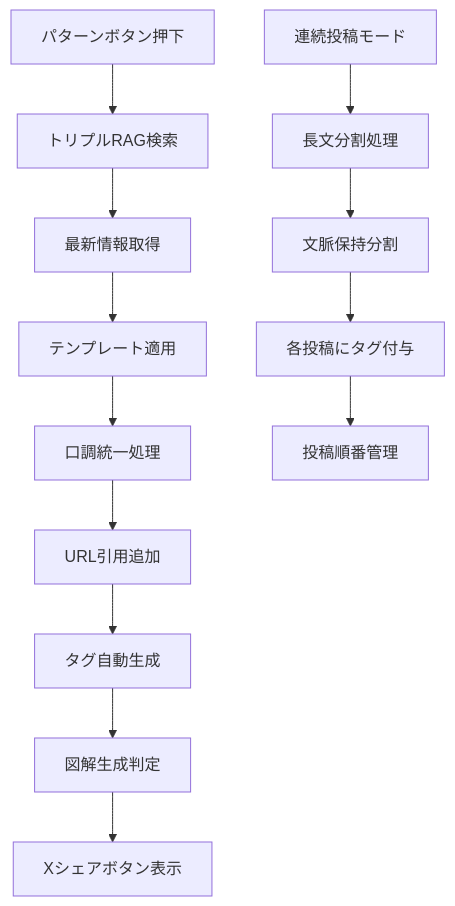
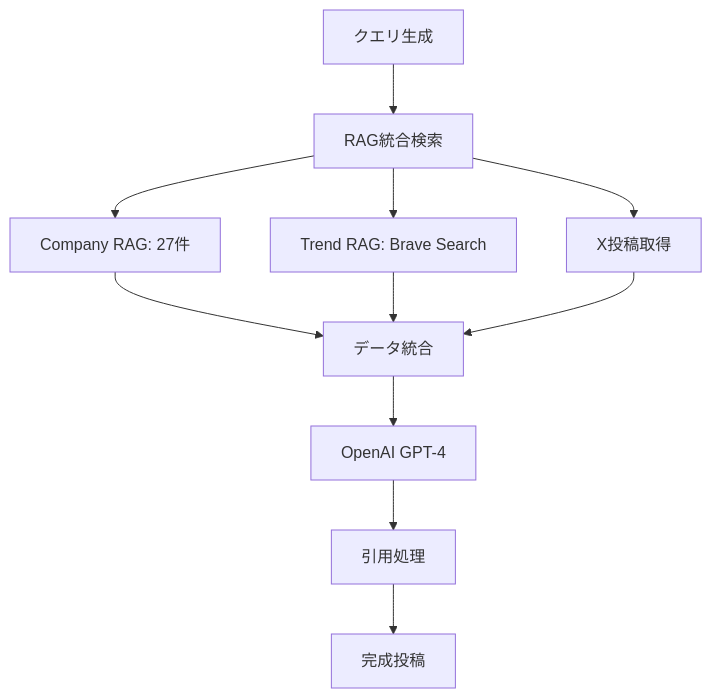
Before and after one commit to nandstech01/my-corporate-site: the diagram in README.md, drawn with Mermaid. The commit also changed other lines of this file and 4 other files, not shown here.

````diff
--- a/README.md
+++ b/README.md
@@ -596,16 +257,15 @@
 ```mermaid
 graph TD
-    A[パターンボタン押下] --> B[トリプルRAG検索]
-    B --> C[最新情報取得]
-    C --> D[テンプレート適用]
-    D --> E[口調統一処理]
-    E --> F[URL引用追加]
-    F --> G[タグ自動生成]
-    G --> H[図解生成判定]
-    H --> I[Xシェアボタン表示]
+    A[クエリ生成] --> B[RAG統合検索]
+    B --> C[Company RAG: 27件]
+    B --> D[Trend RAG: Brave Search]
+    B --> E[X投稿取得]
     
-    J[連続投稿モード] --> K[長文分割処理]
-    K --> L[文脈保持分割]
-    L --> M[各投稿にタグ付与]
-    M --> N[投稿順番管理]
+    C --> F[データ統合]
+    D --> F
+    E --> F
+    
+    F --> G[OpenAI GPT-4]
+    G --> H[引用処理]
+    H --> I[完成投稿]
 ```
````
